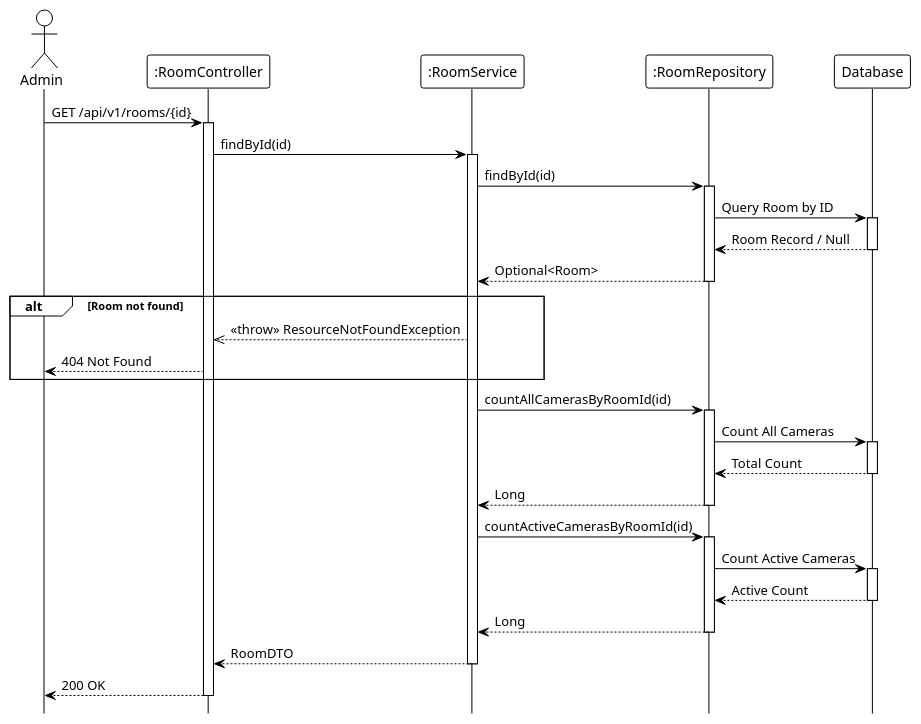
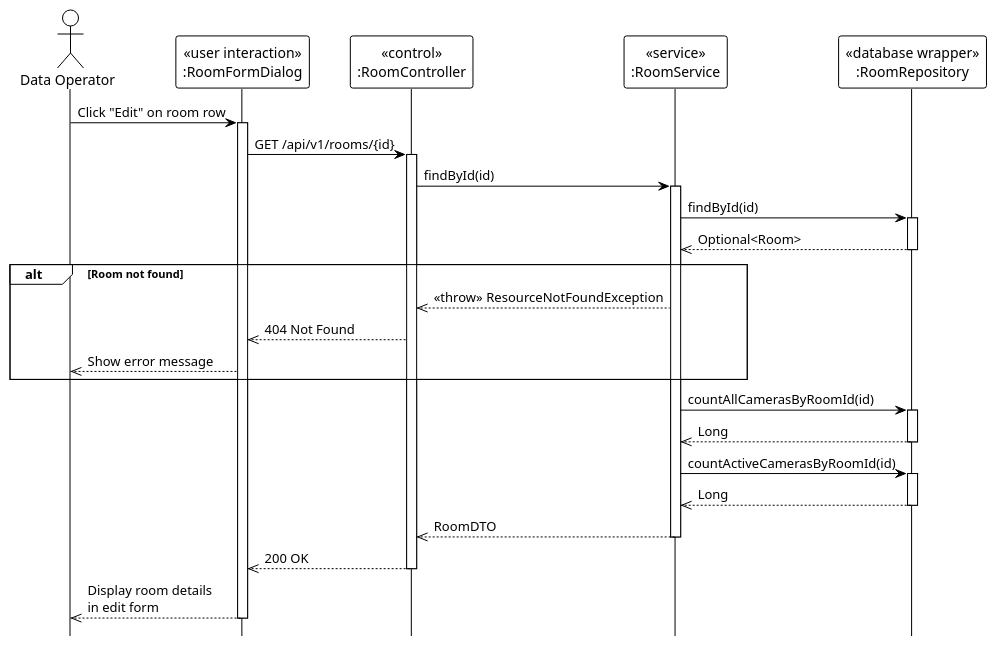
The diagram in system_detailed_design/56_view_room_details/sequence_diagram_view_room_details.puml (Ndh474/context), drawn with PlantUML before and after one commit. The commit also changed 5 other files, not shown here.

Commit message:
docs(system_detailed_design): add UML stereotypes to room sequence diagrams

```diff
--- a/system_detailed_design/56_view_room_details/sequence_diagram_view_room_details.puml
+++ b/system_detailed_design/56_view_room_details/sequence_diagram_view_room_details.puml
@@ -1,64 +1,53 @@
 @startuml view_room_details
 !theme plain
 hide footbox
 
-actor Admin
-participant ":RoomController" as Controller
-participant ":RoomService" as Service
-participant ":RoomRepository" as Repository
-participant "Database" as DB
+actor "Data Operator" as DataOperator
 
-' --- MAIN FLOW ---
-Admin -> Controller: GET /api/v1/rooms/{id}
+participant "«user interaction»\n:RoomFormDialog" as UI
+participant "«control»\n:RoomController" as Controller
+participant "«service»\n:RoomService" as Service
+participant "«database wrapper»\n:RoomRepository" as Repository
+
+' === MAIN FLOW ===
+DataOperator -> UI: Click "Edit" on room row
+activate UI
+
+UI -> Controller: GET /api/v1/rooms/{id}
 activate Controller
 
 Controller -> Service: findById(id)
 activate Service
 
 Service -> Repository: findById(id)
 activate Repository
-
-Repository -> DB: Query Room by ID
-activate DB
-DB --> Repository: Room Record / Null
-deactivate DB
-
-Repository --> Service: Optional<Room>
+Repository -->> Service: Optional<Room>
 deactivate Repository
 
-' --- VALIDATION LOGIC ---
 alt Room not found
     Service -->> Controller: <<throw>> ResourceNotFoundException
-    Controller --> Admin: 404 Not Found
+    Controller -->> UI: 404 Not Found
+    UI -->> DataOperator: Show error message
 end
 
-' --- GET CAMERA STATISTICS ---
+' === GET CAMERA STATISTICS ===
 Service -> Repository: countAllCamerasByRoomId(id)
 activate Repository
-
-Repository -> DB: Count All Cameras
-activate DB
-DB --> Repository: Total Count
-deactivate DB
-
-Repository --> Service: Long
+Repository -->> Service: Long
 deactivate Repository
 
 Service -> Repository: countActiveCamerasByRoomId(id)
 activate Repository
-
-Repository -> DB: Count Active Cameras
-activate DB
-DB --> Repository: Active Count
-deactivate DB
-
-Repository --> Service: Long
+Repository -->> Service: Long
 deactivate Repository
 
-Service --> Controller: RoomDTO
+Service -->> Controller: RoomDTO
 deactivate Service
 
-Controller --> Admin: 200 OK
+Controller -->> UI: 200 OK
 deactivate Controller
 
+UI -->> DataOperator: Display room details\nin edit form
+deactivate UI
+
 @enduml
```
